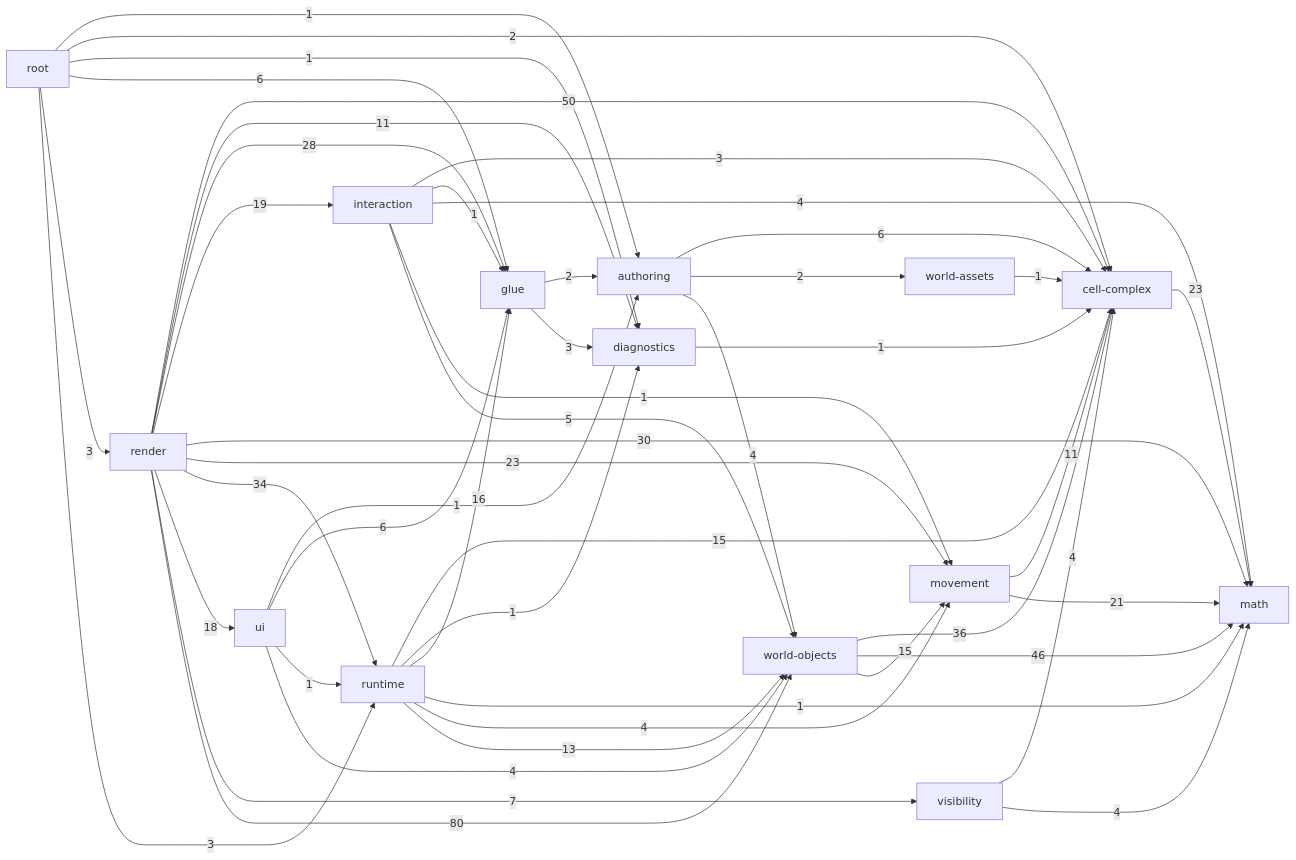
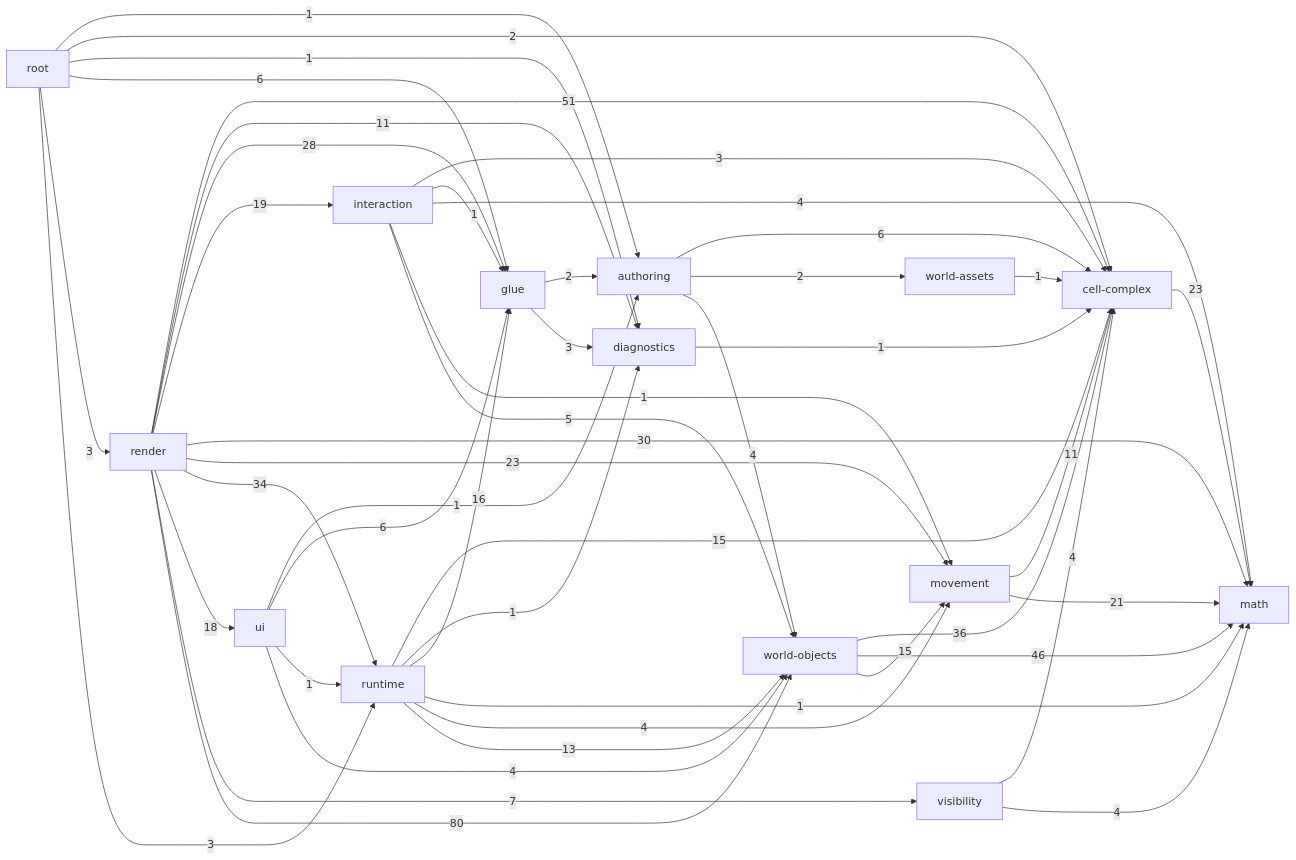
The diagram in _docs/generated/ARCHITECTURE_REFERENCE.md (guraltsev/noneuclid-fpv), drawn with Mermaid before and after one commit. The commit also changed other lines of this file and 3 other files, not shown here.

````diff
--- a/_docs/generated/ARCHITECTURE_REFERENCE.md
+++ b/_docs/generated/ARCHITECTURE_REFERENCE.md
@@ -35,63 +35,63 @@
 ```mermaid
 flowchart LR
   math["math"]
   cell_complex["cell-complex"]
   diagnostics["diagnostics"]
   visibility["visibility"]
   movement["movement"]
   world_assets["world-assets"]
   world_objects["world-objects"]
   authoring["authoring"]
   glue["glue"]
   interaction["interaction"]
   runtime["runtime"]
   ui["ui"]
   render["render"]
   root["root"]
   authoring -->|6| cell_complex
   authoring -->|2| world_assets
   authoring -->|4| world_objects
   cell_complex -->|23| math
   diagnostics -->|1| cell_complex
   glue -->|2| authoring
   glue -->|3| diagnostics
   interaction -->|3| cell_complex
   interaction -->|1| glue
   interaction -->|4| math
   interaction -->|1| movement
   interaction -->|5| world_objects
   movement -->|11| cell_complex
   movement -->|21| math
-  render -->|50| cell_complex
+  render -->|51| cell_complex
   render -->|11| diagnostics
   render -->|28| glue
   render -->|19| interaction
   render -->|30| math
   render -->|23| movement
   render -->|34| runtime
   render -->|18| ui
   render -->|7| visibility
   render -->|80| world_objects
   root -->|1| authoring
   root -->|2| cell_complex
   root -->|1| diagnostics
   root -->|6| glue
   root -->|3| render
   root -->|3| runtime
   runtime -->|15| cell_complex
   runtime -->|1| diagnostics
   runtime -->|16| glue
   runtime -->|1| math
   runtime -->|4| movement
   runtime -->|13| world_objects
   ui -->|1| authoring
   ui -->|6| glue
   ui -->|1| runtime
   ui -->|4| world_objects
   visibility -->|4| cell_complex
   visibility -->|4| math
   world_assets -->|1| cell_complex
   world_objects -->|36| cell_complex
   world_objects -->|46| math
   world_objects -->|15| movement
 ```
````
